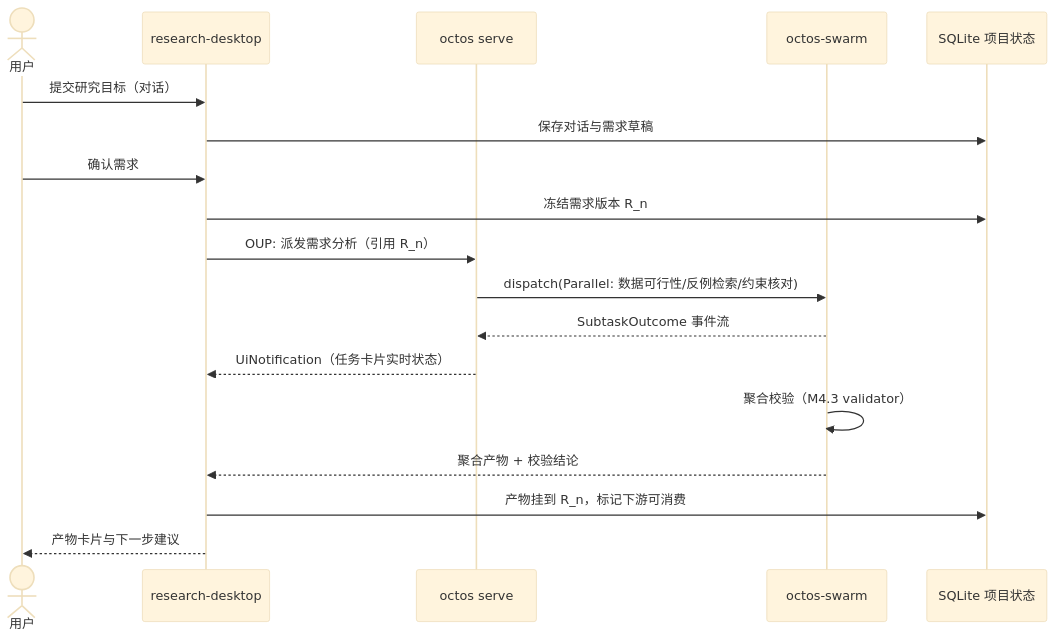
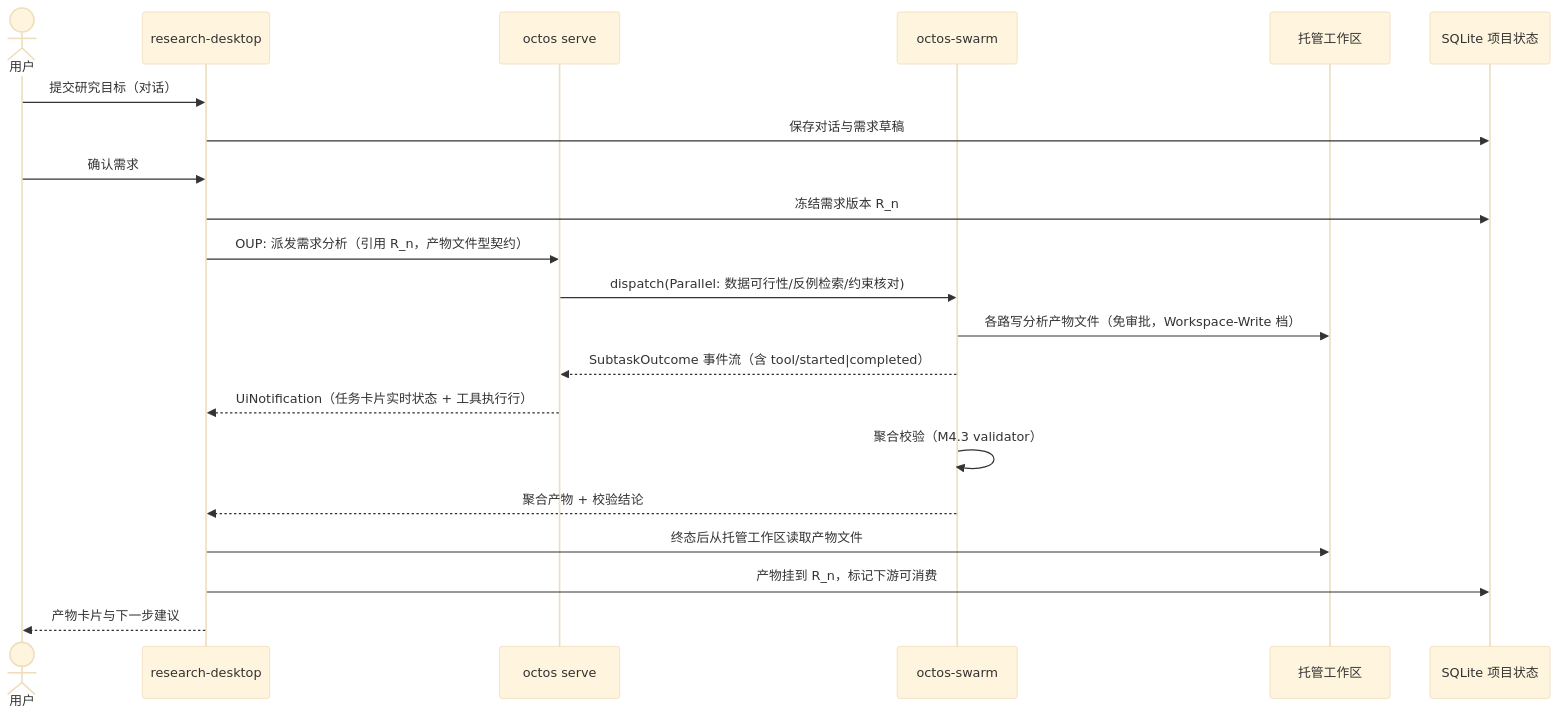
One commit to dorname/nautilus_trader changed the second of 2 diagrams in logos/resources/prd/3-technical-plan/1-architecture/core-06-multi-agent-architecture.md. Above: the diagram before and after it, drawn with Mermaid (base theme). The commit also changed other lines of this file and 10 other files, not shown here.

````diff
--- a/logos/resources/prd/3-technical-plan/1-architecture/core-06-multi-agent-architecture.md
+++ b/logos/resources/prd/3-technical-plan/1-architecture/core-06-multi-agent-architecture.md
@@ -55,20 +56,23 @@
 ```mermaid
 sequenceDiagram
     actor U as 用户
     participant G as research-desktop
     participant O as octos serve
     participant SW as octos-swarm
+    participant W as 托管工作区
     participant P as SQLite 项目状态
     U->>G: 提交研究目标（对话）
     G->>P: 保存对话与需求草稿
     U->>G: 确认需求
     G->>P: 冻结需求版本 R_n
-    G->>O: OUP: 派发需求分析（引用 R_n）
+    G->>O: OUP: 派发需求分析（引用 R_n，产物文件型契约）
     O->>SW: dispatch(Parallel: 数据可行性/反例检索/约束核对)
-    SW-->>O: SubtaskOutcome 事件流
-    O-->>G: UiNotification（任务卡片实时状态）
+    SW->>W: 各路写分析产物文件（免审批，Workspace-Write 档）
+    SW-->>O: SubtaskOutcome 事件流（含 tool/started|completed）
+    O-->>G: UiNotification（任务卡片实时状态 + 工具执行行）
     SW->>SW: 聚合校验（M4.3 validator）
     SW-->>G: 聚合产物 + 校验结论
+    G->>W: 终态后从托管工作区读取产物文件
     G->>P: 产物挂到 R_n，标记下游可消费
     G-->>U: 产物卡片与下一步建议
 ```
````
